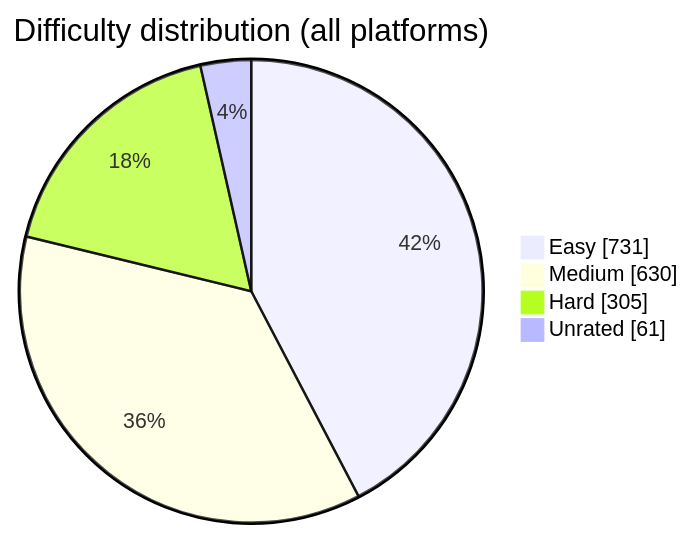
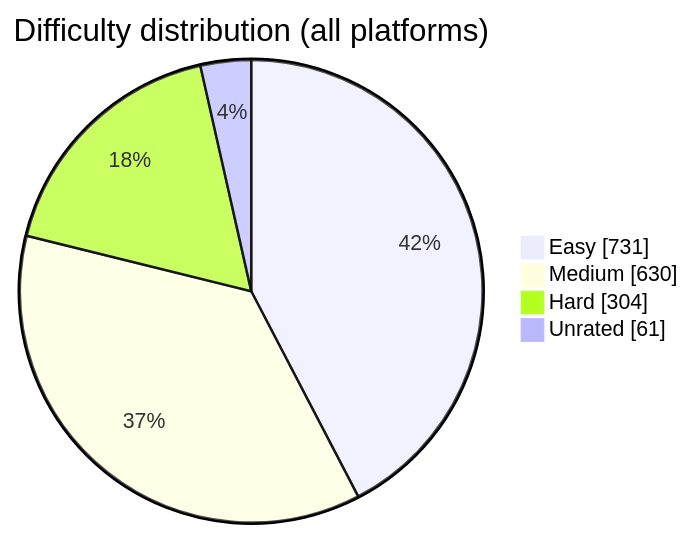
Before and after one commit to BuildbyArindam/Daily-Coding-Log: the diagram in README.md, drawn with Mermaid. The commit also changed other lines of this file, not shown here.

````diff
--- a/README.md
+++ b/README.md
@@ -93,7 +93,7 @@
 ```mermaid
 pie showData title Difficulty distribution (all platforms)
     "Easy" : 731
     "Medium" : 630
-    "Hard" : 305
+    "Hard" : 304
     "Unrated" : 61
 ```
````
